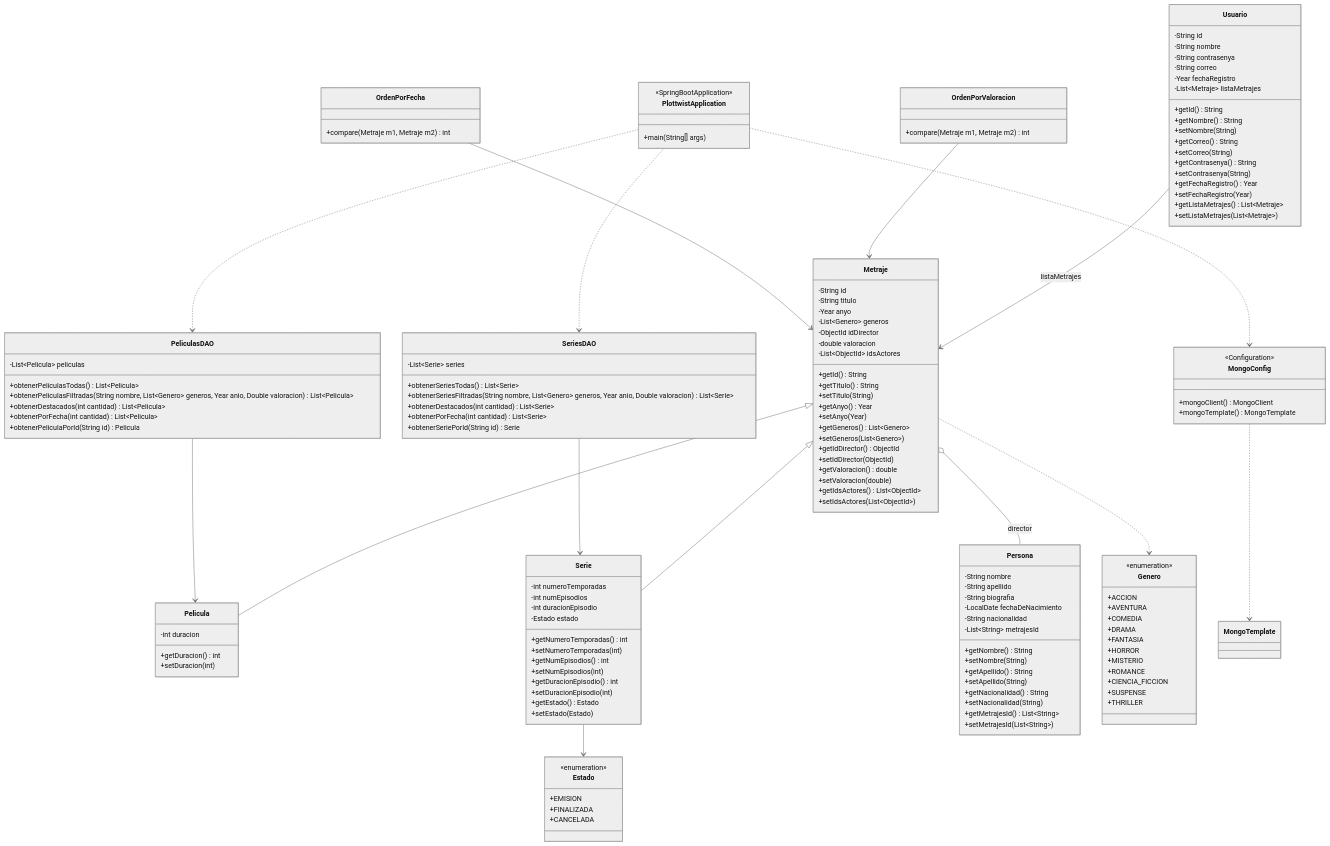
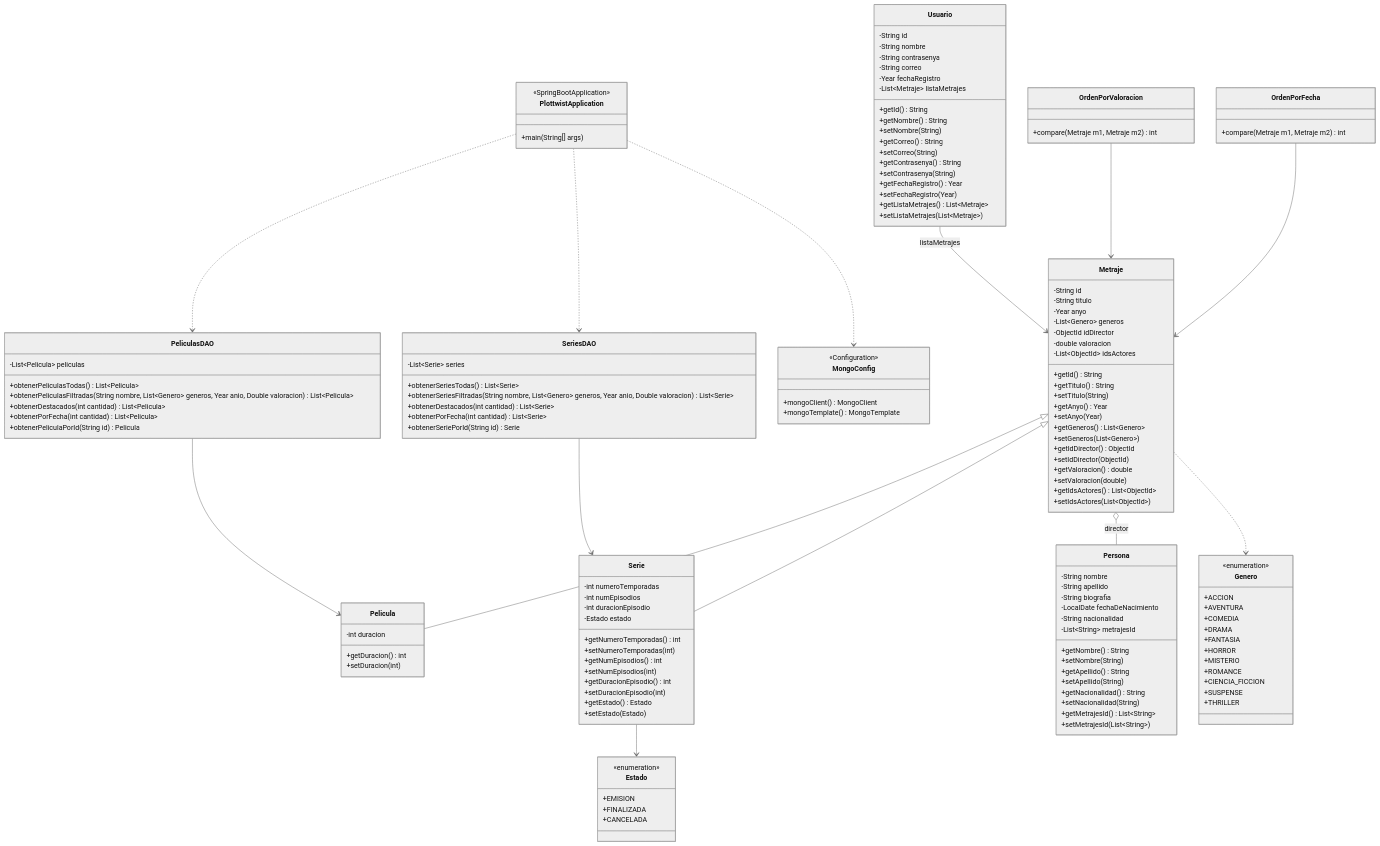
The diagram in diseño/diagrama_clase.md (JesusCanas/PlotTwist), drawn with Mermaid (neutral theme) before and after one commit. The commit also changed other lines of this file, not shown here.

Commit message:
cambiado todo bien en el diragrama

````diff
--- a/diseño/diagrama_clase.md
+++ b/diseño/diagrama_clase.md
@@ -155,5 +154,4 @@
     PlottwistApplication ..> PeliculasDAO
     PlottwistApplication ..> SeriesDAO
     PlottwistApplication ..> MongoConfig
-    MongoConfig ..> MongoTemplate
 ```
````
